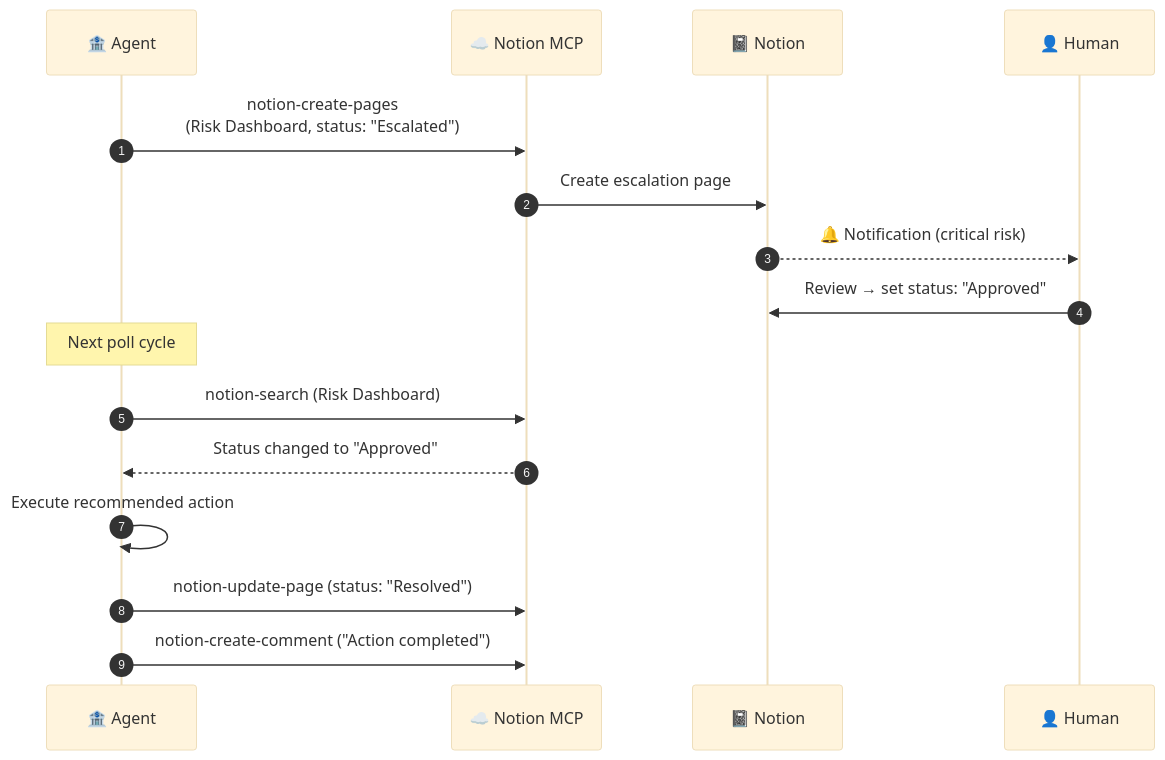
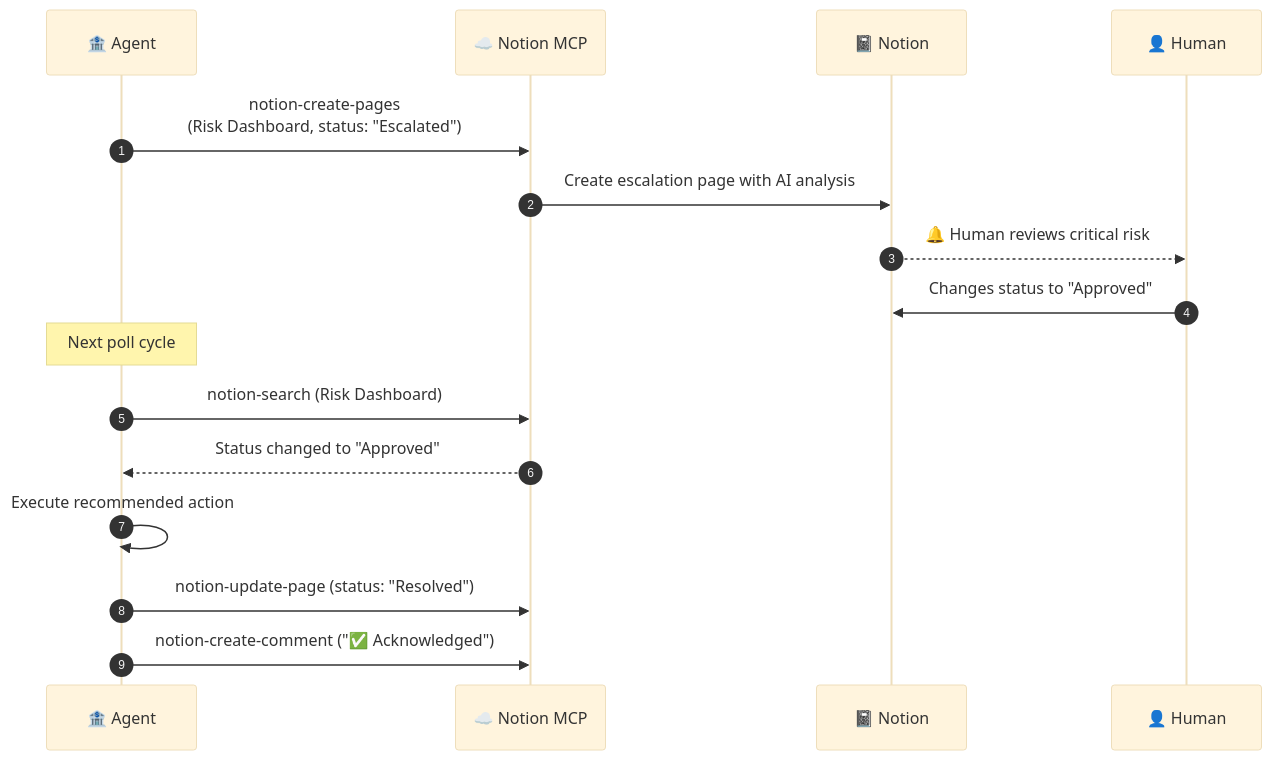
One commit to phamthanhhang208/vault-room changed the first of 4 diagrams in submission.md. Above: the diagram before and after it, drawn with Mermaid (base theme). The commit also changed other lines of this file, not shown here.

Commit message:
docs: final submission with merged copy + diagrams

````diff
--- a/submission.md
+++ b/submission.md
@@ -78,22 +73,22 @@
 ```mermaid
 sequenceDiagram
     autonumber
     participant Agent as 🏦 Agent
     participant MCP as ☁️ Notion MCP
     participant Notion as 📓 Notion
     participant Human as 👤 Human
 
     Agent->>MCP: notion-create-pages<br/>(Risk Dashboard, status: "Escalated")
-    MCP->>Notion: Create escalation page
+    MCP->>Notion: Create escalation page with AI analysis
 
-    Notion-->>Human: 🔔 Notification (critical risk)
-    Human->>Notion: Review → set status: "Approved"
+    Notion-->>Human: 🔔 Human reviews critical risk
+    Human->>Notion: Changes status to "Approved"
 
     Note over Agent: Next poll cycle
     Agent->>MCP: notion-search (Risk Dashboard)
     MCP-->>Agent: Status changed to "Approved"
 
     Agent->>Agent: Execute recommended action
     Agent->>MCP: notion-update-page (status: "Resolved")
-    Agent->>MCP: notion-create-comment ("Action completed")
+    Agent->>MCP: notion-create-comment ("✅ Acknowledged")
 ```
````
